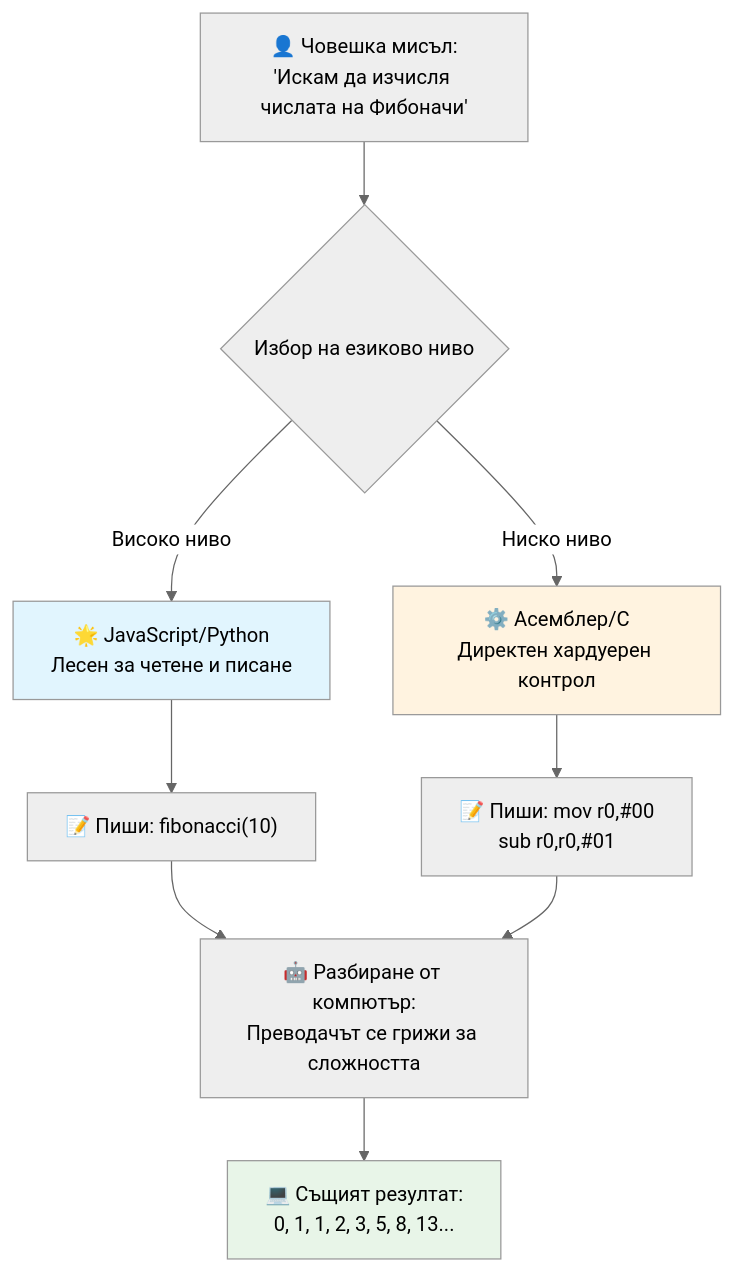
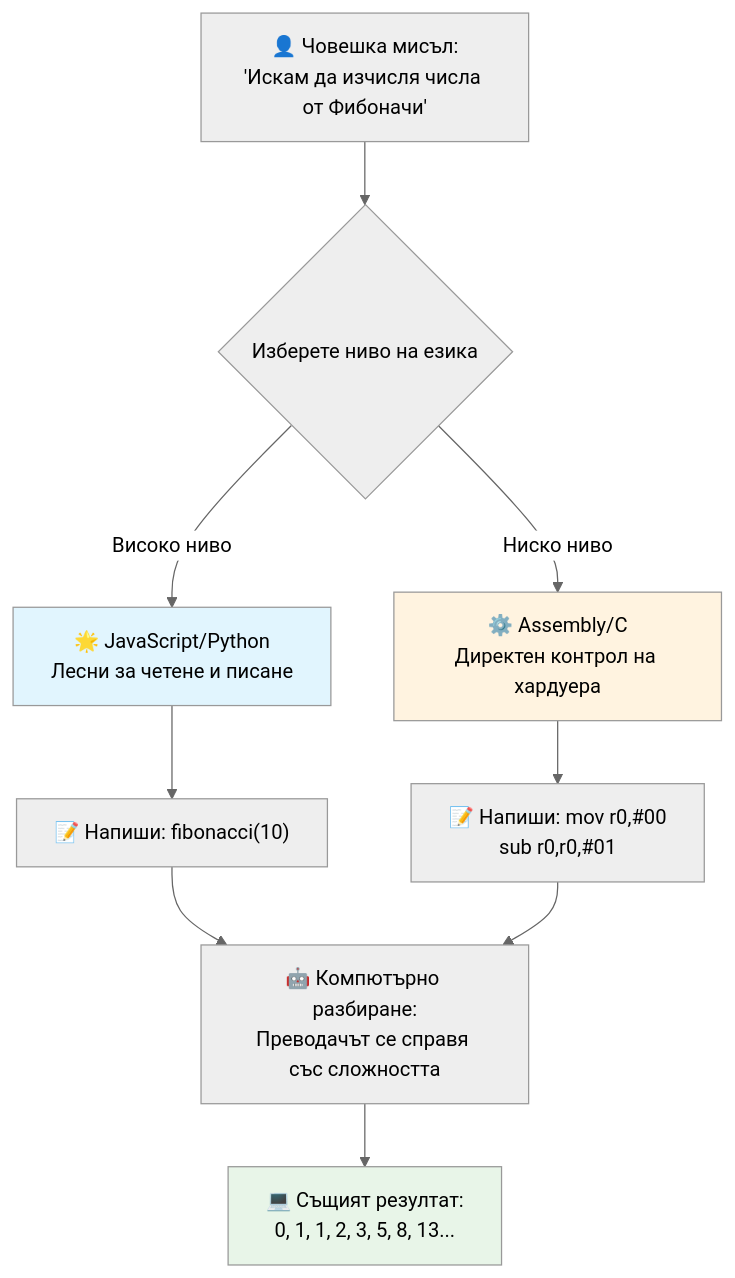
Before and after one commit to microsoft/Web-Dev-For-Beginners: the third of 7 diagrams in translations/bg/1-getting-started-lessons/1-intro-to-programming-languages/README.md, drawn with Mermaid (neutral theme). The commit also changed other lines of this file and 8 other files, not shown here.

````diff
--- a/translations/bg/1-getting-started-lessons/1-intro-to-programming-languages/README.md
+++ b/translations/bg/1-getting-started-lessons/1-intro-to-programming-languages/README.md
@@ -147,19 +148,19 @@
 ```mermaid
 flowchart TB
-    A["👤 Човешка мисъл:<br/>'Искам да изчисля числата на Фибоначи'"] --> B{Избор на езиково ниво}
+    A["👤 Човешка мисъл:<br/>'Искам да изчисля числа от Фибоначи'"] --> B{Изберете ниво на езика}
     
-    B -->|Високо ниво| C["🌟 JavaScript/Python<br/>Лесен за четене и писане"]
-    B -->|Ниско ниво| D["⚙️ Асемблер/C<br/>Директен хардуерен контрол"]
+    B -->|Високо ниво| C["🌟 JavaScript/Python<br/>Лесни за четене и писане"]
+    B -->|Ниско ниво| D["⚙️ Assembly/C<br/>Директен контрол на хардуера"]
     
-    C --> E["📝 Пиши: fibonacci(10)"]
-    D --> F["📝 Пиши: mov r0,#00<br/>sub r0,r0,#01"]
+    C --> E["📝 Напиши: fibonacci(10)"]
+    D --> F["📝 Напиши: mov r0,#00<br/>sub r0,r0,#01"]
     
-    E --> G["🤖 Разбиране от компютър:<br/>Преводачът се грижи за сложността"]
+    E --> G["🤖 Компютърно разбиране:<br/>Преводачът се справя със сложността"]
     F --> G
     
     G --> H["💻 Същият резултат:<br/>0, 1, 1, 2, 3, 5, 8, 13..."]
     
     style C fill:#e1f5fe
     style D fill:#fff3e0
     style H fill:#e8f5e8
 ```
````
